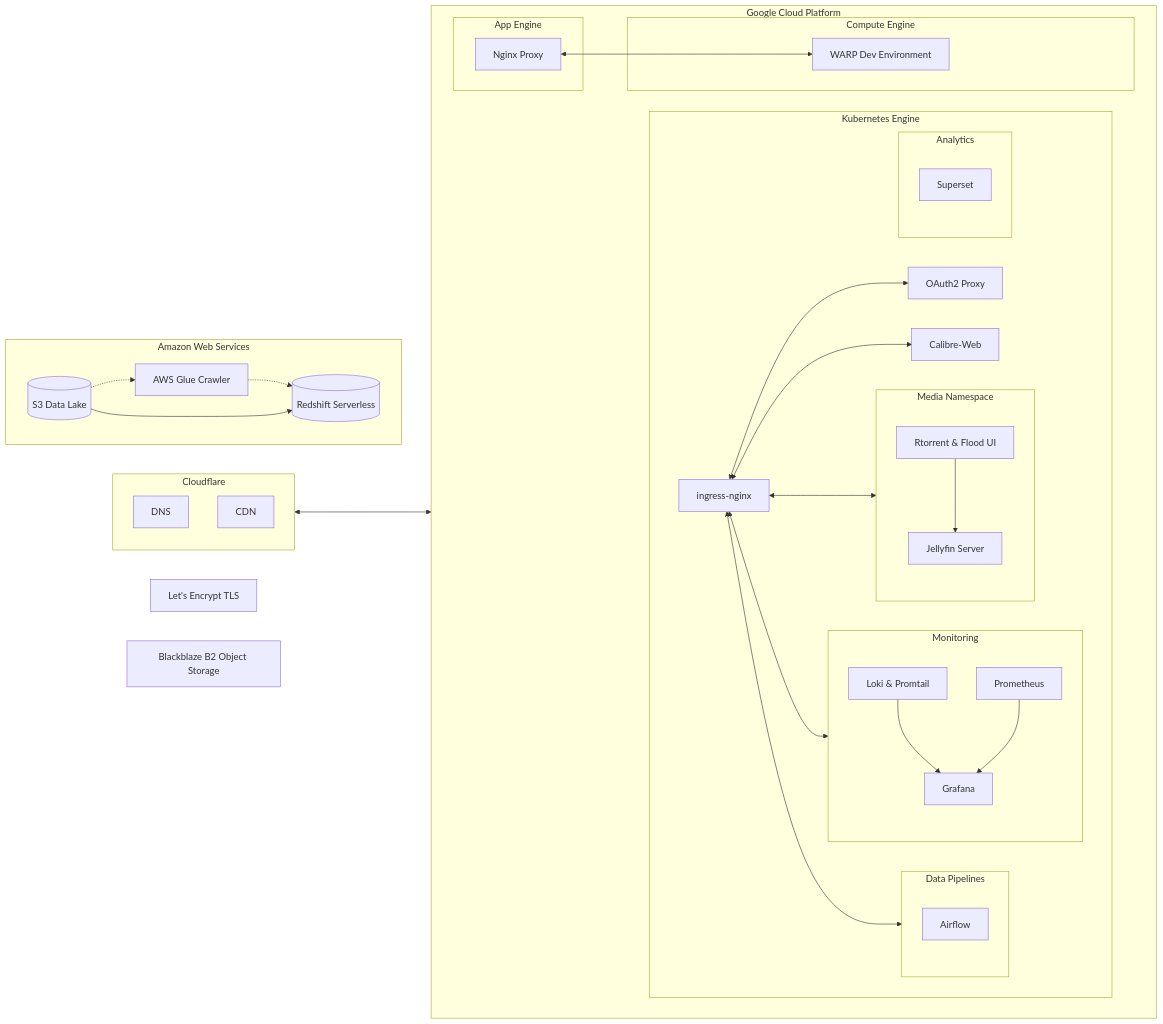
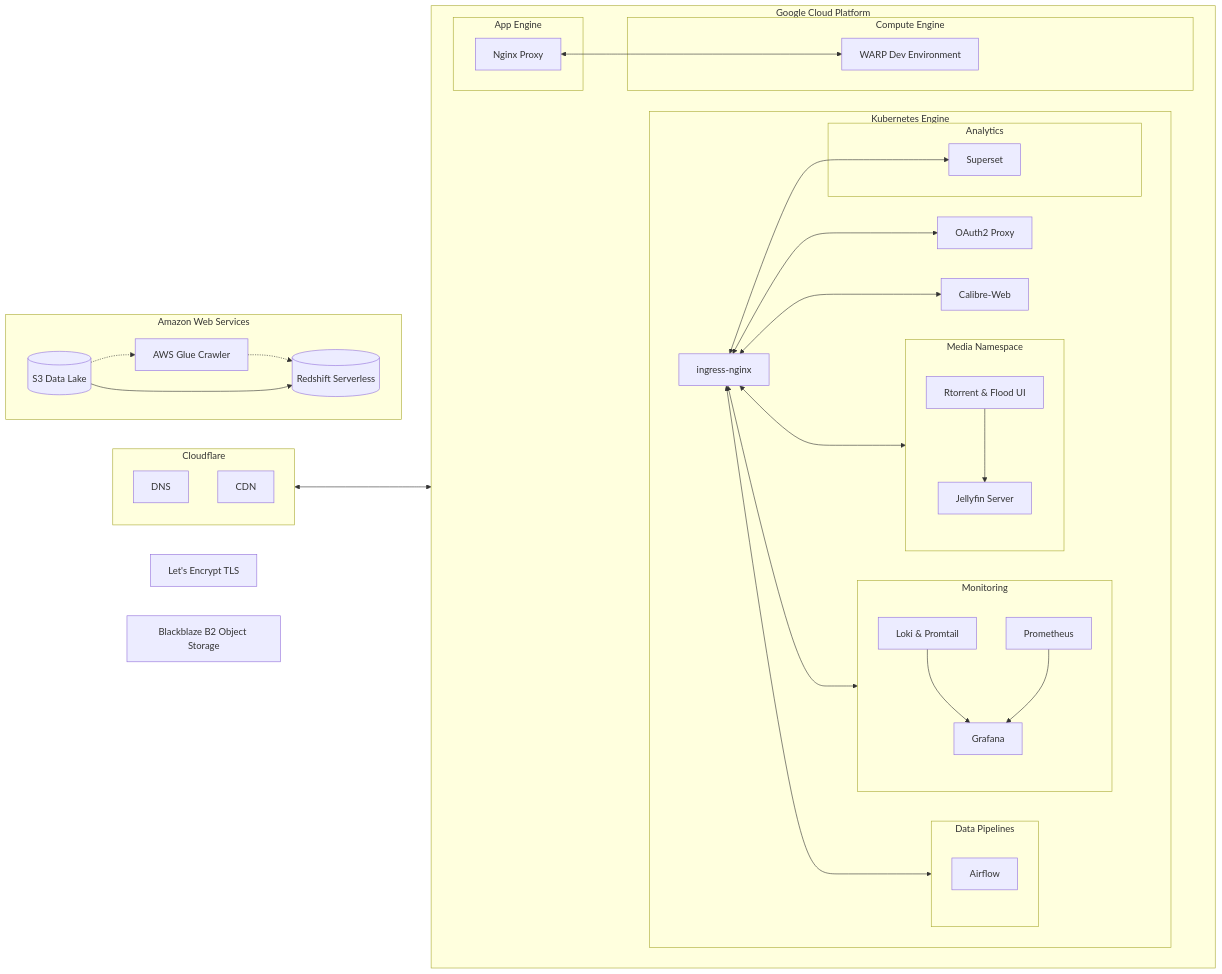
One commit to mrzzy/nimbus changed the diagram in README.md. Above: the diagram before and after it, drawn with Mermaid.

Commit message:
docs(readme): add link between ingress and superset in diagram

````diff
--- a/README.md
+++ b/README.md
@@ -13,51 +13,51 @@
 ```mermaid
 flowchart LR
     tls[Let's Encrypt TLS]
     b2[Blackblaze B2 Object Storage]
 
     subgraph cf[Cloudflare]
         direction TB
         DNS
         CDN
     end
 
     cf[Cloudflare] <--> gcp
 
     subgraph gcp[Google Cloud Platform]
         direction LR
         subgraph gae[App Engine]
             proxy[Nginx Proxy]
         end
         subgraph gce[Compute Engine]
             dev-env[WARP Dev Environment]
         end
         proxy <--> dev-env
 
         subgraph k8s[Kubernetes Engine]
             direction LR
 
             ingress[ingress-nginx] <--> oauth[OAuth2 Proxy]
-            ingress <--> media & monitoring & pipeline & calibre-web[Calibre-Web]
+            ingress <--> media & monitoring & pipeline & superset & calibre-web[Calibre-Web]
             subgraph media[Media Namespace]
                 torrent[Rtorrent & Flood UI] -->  media-svr[Jellyfin Server]
             end
             subgraph monitoring[Monitoring]
                 log[Loki & Promtail]
                 metrics[Prometheus]
                 log & metrics --> dashboard[Grafana]
             end
             subgraph pipeline[Data Pipelines]
                 airflow[Airflow]
             end
             subgraph analytics[Analytics]
                 superset[Superset]
             end
         end
     end
 
     subgraph aws[Amazon Web Services]
         direction LR
         s3 -.-> glue[AWS Glue Crawler] -.-> redshift
         s3[(S3 Data Lake)] --> redshift[(Redshift Serverless)]
     end
 ```
````
